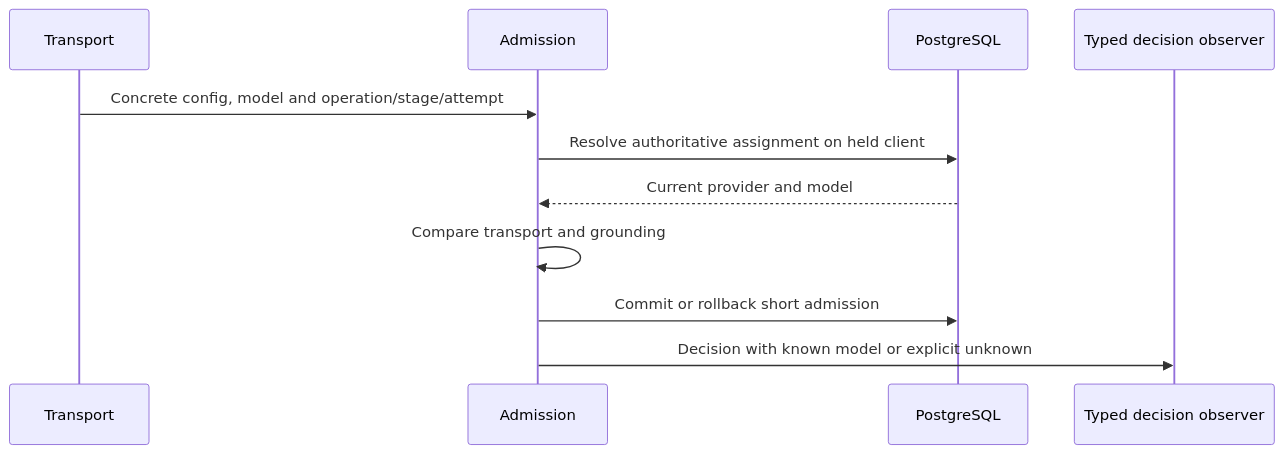
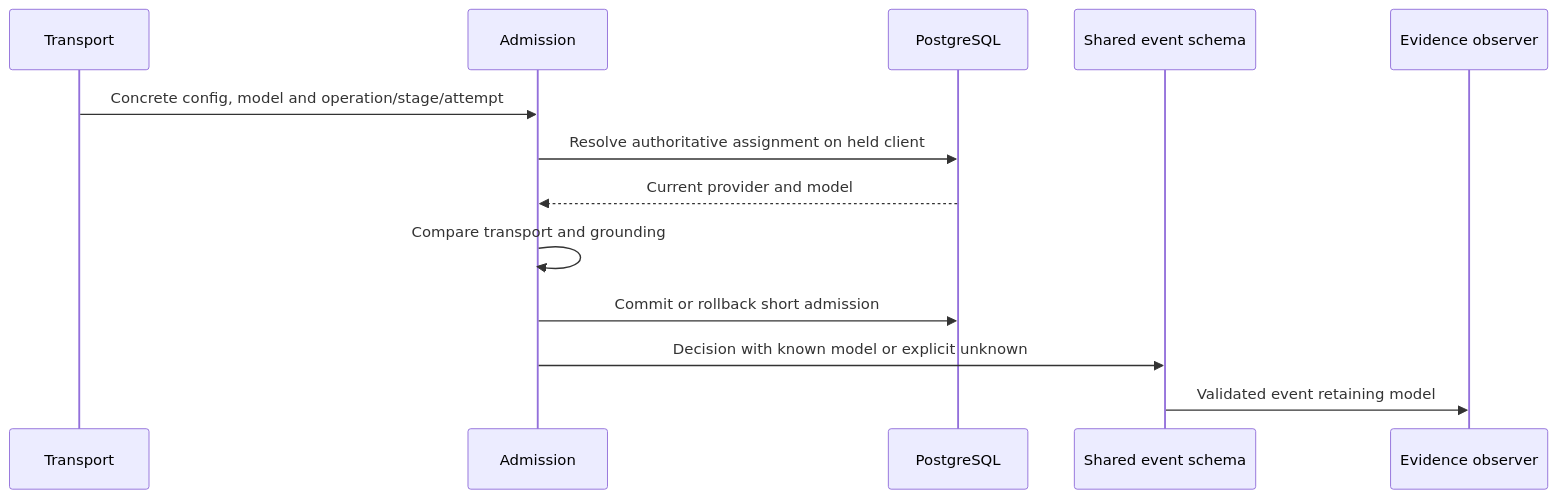
The diagram in docs/architecture/article-ai-decision-model.md (Compendiq/compendiq-ce), drawn with Mermaid before and after one commit. The commit also changed other lines of this file and 10 other files, not shown here.

````diff
--- a/docs/architecture/article-ai-decision-model.md
+++ b/docs/architecture/article-ai-decision-model.md
@@ -5,13 +5,15 @@
 ```mermaid
 sequenceDiagram
   participant Transport
   participant Admission
   participant PG as PostgreSQL
-  participant Sink as Typed decision observer
+  participant Boundary as Shared event schema
+  participant Sink as Evidence observer
   Transport->>Admission: Concrete config, model and operation/stage/attempt
   Admission->>PG: Resolve authoritative assignment on held client
   PG-->>Admission: Current provider and model
   Admission->>Admission: Compare transport and grounding
   Admission->>PG: Commit or rollback short admission
-  Admission->>Sink: Decision with known model or explicit unknown
+  Admission->>Boundary: Decision with known model or explicit unknown
+  Boundary->>Sink: Validated event retaining model
 ```
````
